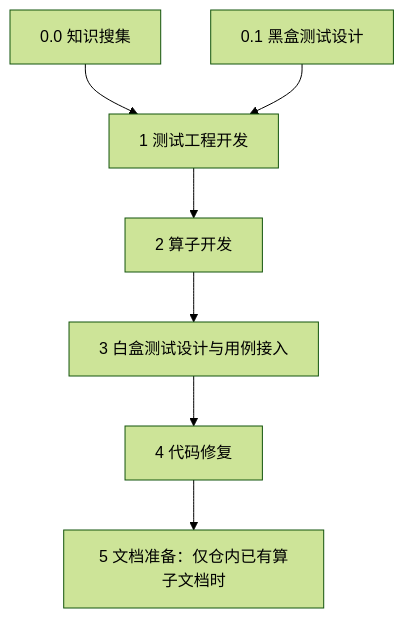
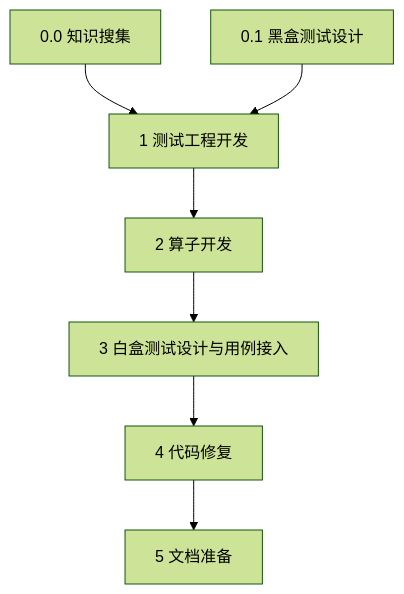
Before and after one commit to Atlas-Ascend-Fork/cannbot: the diagram in plugins-official/ops-direct-invoke/README.md, drawn with Mermaid (forest theme). The commit also changed other lines of this file and 28 other files, not shown here.

````diff
--- a/plugins-official/ops-direct-invoke/README.md
+++ b/plugins-official/ops-direct-invoke/README.md
@@ -126,9 +133,9 @@
 ```mermaid
 flowchart TD
     K[0.0 知识搜集] --> T[1 测试工程开发]
     B[0.1 黑盒测试设计] --> T
     T --> D[2 算子开发]
     D --> W[3 白盒测试设计与用例接入]
     W --> R[4 代码修复]
-    R --> U[5 文档准备：仅仓内已有算子文档时]
+    R --> U[5 文档准备]
 ```
````
